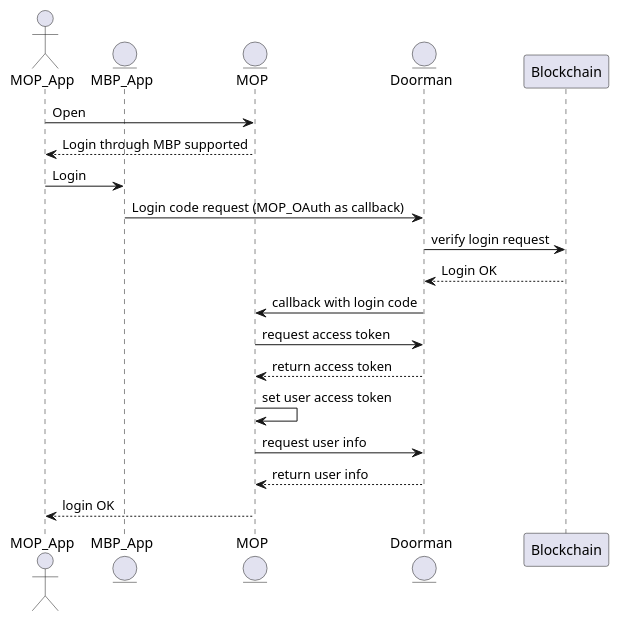
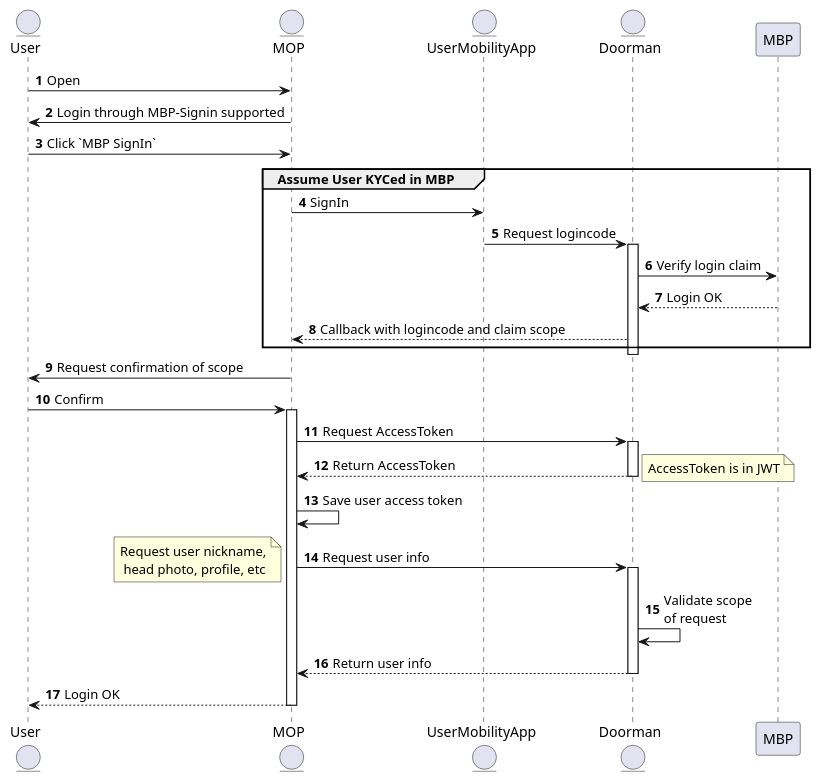
One commit to Honglei-Cong/documents changed the third of 3 diagrams in projects/daimler/MBP-login.md. Above: the diagram before and after it, drawn with PlantUML. The commit also changed other lines of this file and 3 other files, not shown here.

Commit message:
update MBP login process

````diff
--- a/projects/daimler/MBP-login.md
+++ b/projects/daimler/MBP-login.md
@@ -140,20 +95,37 @@
 ```plantuml
-actor MOP_App
-entity MBP_App
+autonumber
+entity User
 entity MOP
+entity UserMobilityApp
 entity Doorman
 
-MOP_App->MOP: Open
-MOP-->MOP_App: Login through MBP supported
-MOP_App->MBP_App: Login
-MBP_App->Doorman: Login code request (MOP_OAuth as callback)
-Doorman->Blockchain: verify login request
-Blockchain-->Doorman: Login OK
-Doorman->MOP: callback with login code
-MOP->Doorman: request access token
-Doorman-->MOP: return access token
-MOP->MOP: set user access token
-MOP->Doorman: request user info
-Doorman-->MOP: return user info
-MOP-->MOP_App: login OK
+User->MOP: Open
+MOP->User: Login through MBP-Signin supported
+User->MOP: Click `MBP SignIn`
+group Assume User KYCed in MBP
+    MOP->UserMobilityApp: SignIn
+    UserMobilityApp->Doorman: Request logincode
+    activate Doorman
+    Doorman->MBP: Verify login claim
+    MBP-->Doorman: Login OK
+    Doorman-->MOP: Callback with logincode and claim scope
+end
+deactivate Doorman
+MOP->User: Request confirmation of scope
+User->MOP: Confirm
+activate MOP
+MOP->Doorman: Request AccessToken
+activate Doorman
+Doorman-->MOP: Return AccessToken
+note right: AccessToken is in JWT
+deactivate Doorman
+MOP->MOP: Save user access token
+MOP->Doorman: Request user info
+note left: Request user nickname,\n head photo, profile, etc
+activate Doorman
+Doorman->Doorman: Validate scope \nof request
+Doorman-->MOP: Return user info
+deactivate Doorman
+MOP-->User: Login OK
+deactivate MOP
 ```
````
